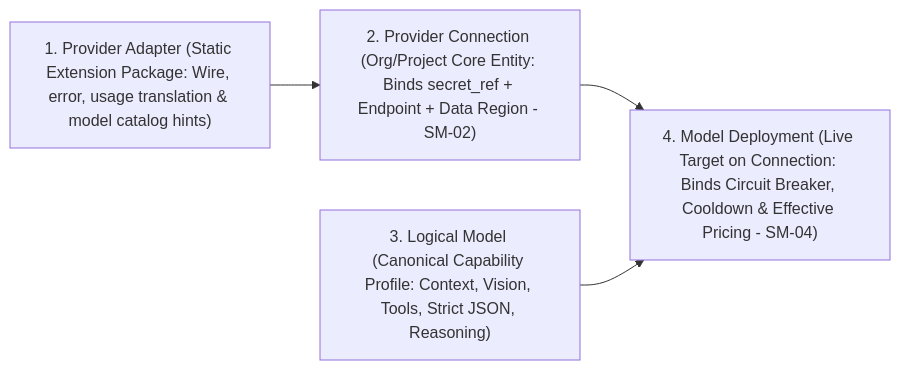
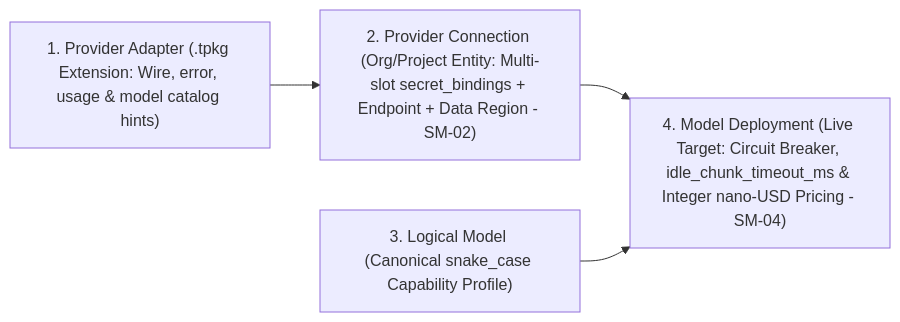
One commit to nguywnben/tanpopo changed the first of 2 diagrams in docs/specifications/provider-adapter.md. Above: the diagram before and after it, drawn with Mermaid. The commit also changed other lines of this file and 70 other files, not shown here.

````diff
--- a/docs/specifications/provider-adapter.md
+++ b/docs/specifications/provider-adapter.md
@@ -15,6 +17,6 @@
 ```mermaid
 flowchart LR
-    PA["1. Provider Adapter (Static Extension Package: Wire, error, usage translation & model catalog hints)"] --> PC["2. Provider Connection (Org/Project Core Entity: Binds secret_ref + Endpoint + Data Region - SM-02)"]
-    PC --> MD["4. Model Deployment (Live Target on Connection: Binds Circuit Breaker, Cooldown & Effective Pricing - SM-04)"]
-    LM["3. Logical Model (Canonical Capability Profile: Context, Vision, Tools, Strict JSON, Reasoning)"] --> MD
+    PA["1. Provider Adapter (.tpkg Extension: Wire, error, usage & model catalog hints)"] --> PC["2. Provider Connection (Org/Project Entity: Multi-slot secret_bindings + Endpoint + Data Region - SM-02)"]
+    PC --> MD["4. Model Deployment (Live Target: Circuit Breaker, idle_chunk_timeout_ms & Integer nano-USD Pricing - SM-04)"]
+    LM["3. Logical Model (Canonical snake_case Capability Profile)"] --> MD
 ```
````
